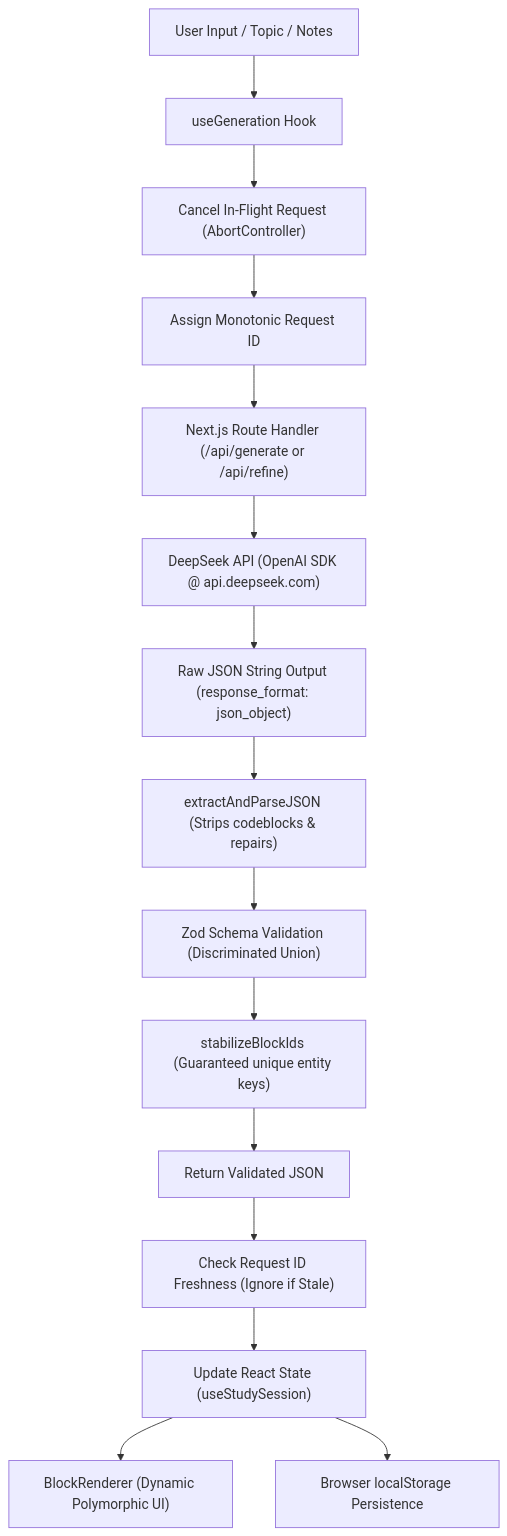
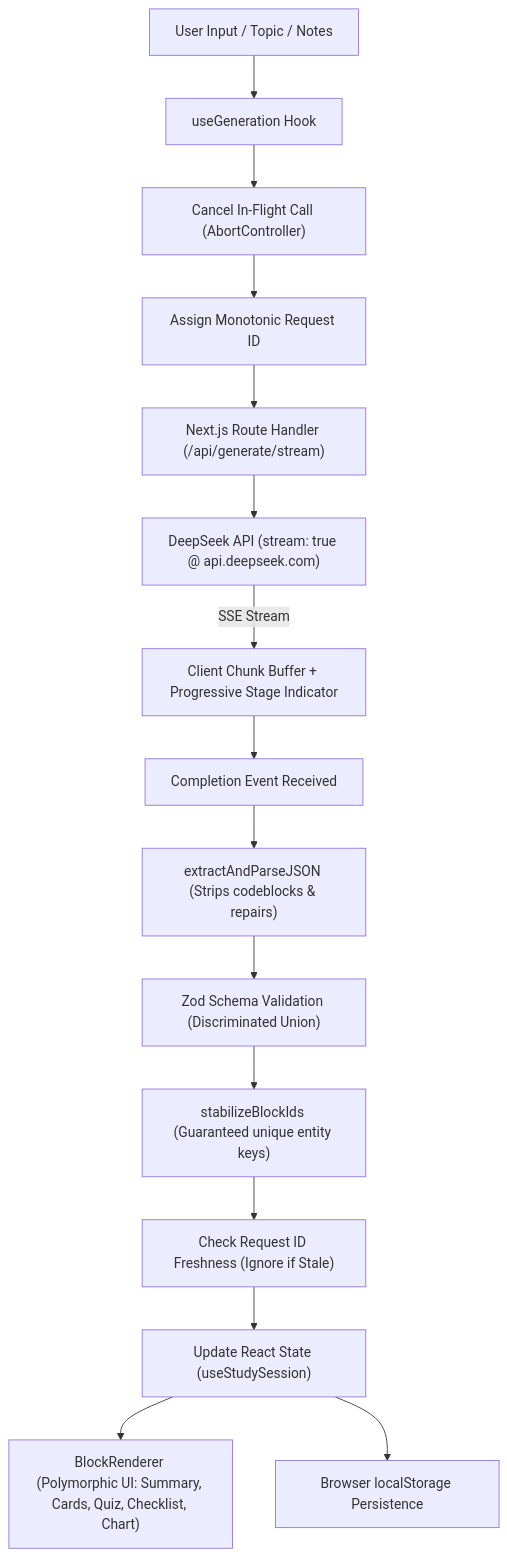
One commit to lokender11101/Re-Wise changed the diagram in README.md. Above: the diagram before and after it, drawn with Mermaid. The commit also changed other lines of this file and 25 other files, not shown here.

Commit message:
feat: implement 3D flashcards, SSE streaming generation, chart blocks, and smart refinement merging

````diff
--- a/README.md
+++ b/README.md
@@ -43,17 +60,17 @@
 ```mermaid
 flowchart TD
     A["User Input / Topic / Notes"] --> B["useGeneration Hook"]
-    B --> C["Cancel In-Flight Request (AbortController)"]
+    B --> C["Cancel In-Flight Call (AbortController)"]
     C --> D["Assign Monotonic Request ID"]
-    D --> E["Next.js Route Handler (/api/generate or /api/refine)"]
-    E --> F["DeepSeek API (OpenAI SDK @ api.deepseek.com)"]
-    F --> G["Raw JSON String Output (response_format: json_object)"]
-    G --> H["extractAndParseJSON (Strips codeblocks & repairs)"]
-    H --> I["Zod Schema Validation (Discriminated Union)"]
-    I --> J["stabilizeBlockIds (Guaranteed unique entity keys)"]
-    J --> K["Return Validated JSON"]
+    D --> E["Next.js Route Handler (/api/generate/stream)"]
+    E --> F["DeepSeek API (stream: true @ api.deepseek.com)"]
+    F -- SSE Stream --> G["Client Chunk Buffer + Progressive Stage Indicator"]
+    G --> H["Completion Event Received"]
+    H --> I["extractAndParseJSON (Strips codeblocks & repairs)"]
+    I --> J["Zod Schema Validation (Discriminated Union)"]
+    J --> K["stabilizeBlockIds (Guaranteed unique entity keys)"]
     K --> L["Check Request ID Freshness (Ignore if Stale)"]
     L --> M["Update React State (useStudySession)"]
-    M --> N["BlockRenderer (Dynamic Polymorphic UI)"]
+    M --> N["BlockRenderer (Polymorphic UI: Summary, Cards, Quiz, Checklist, Chart)"]
     M --> O["Browser localStorage Persistence"]
 ```
````
